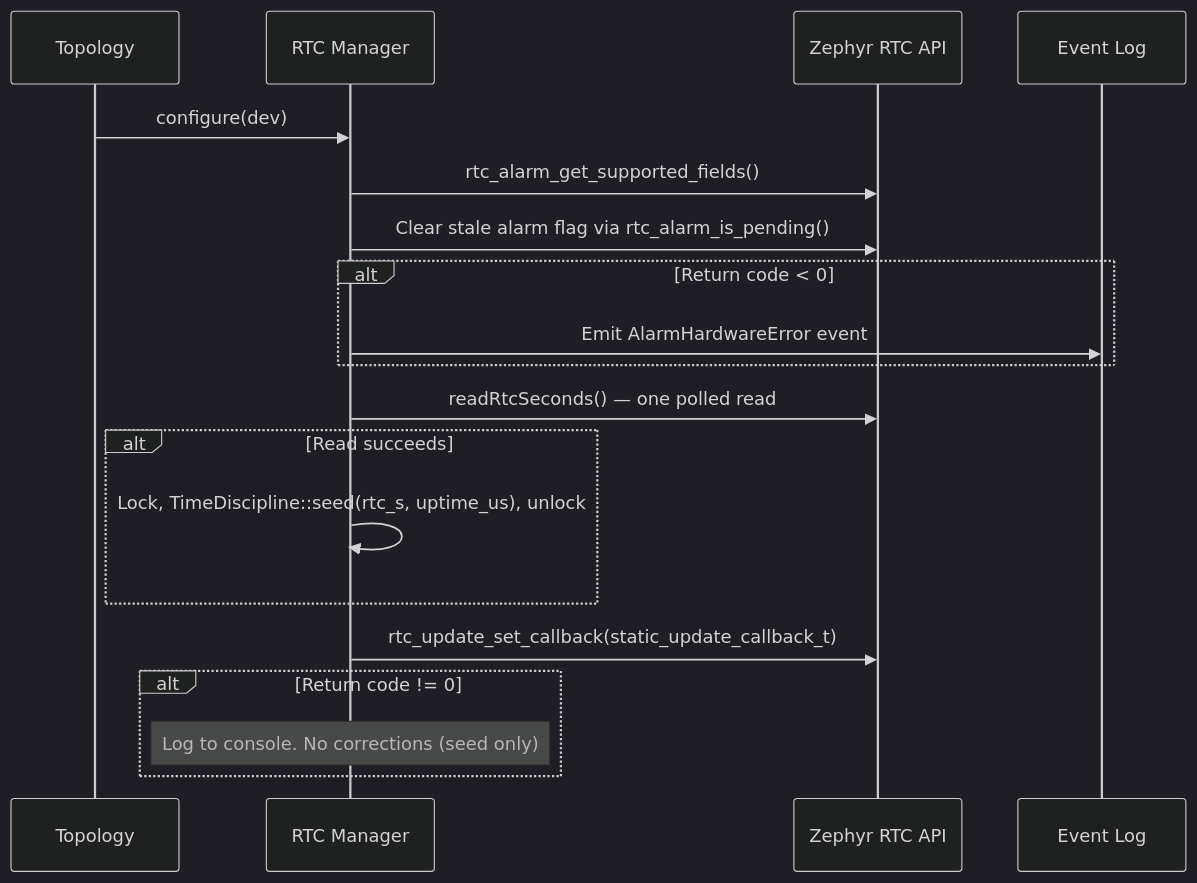
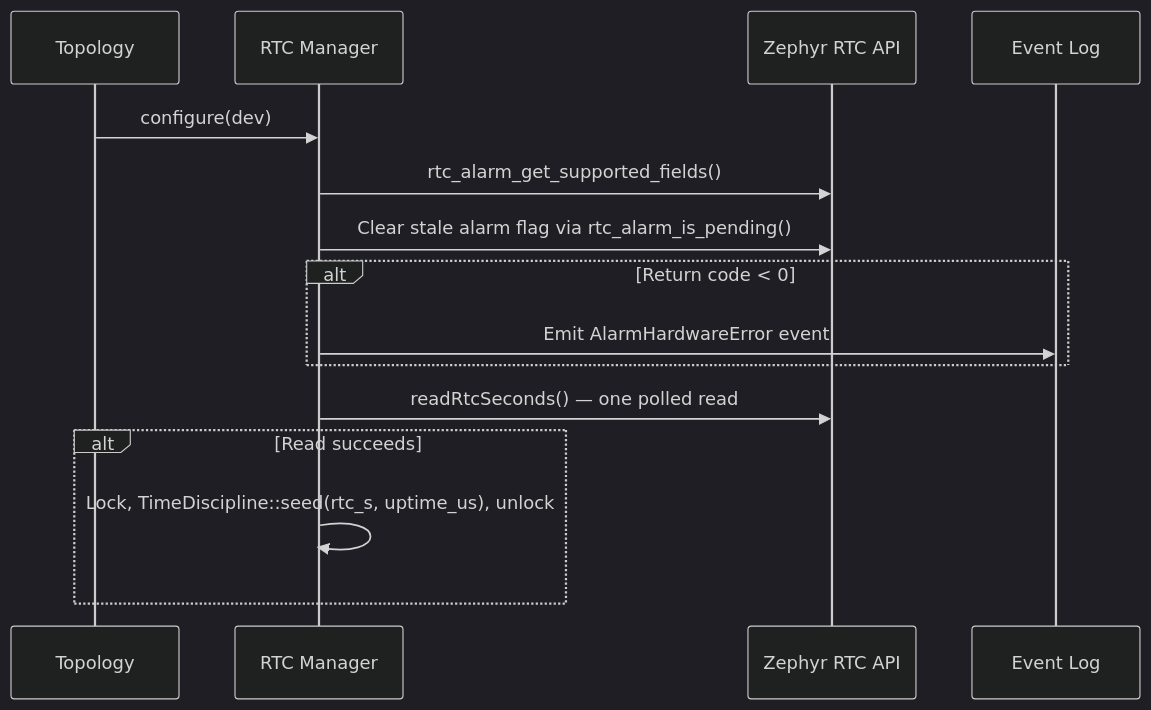
One commit to Open-Source-Space-Foundation/proves-core-reference changed diagram 16 of 19 in PROVESFlightControllerReference/Components/Drv/RtcManager/docs/sdd.md. Above: the diagram before and after it, drawn with Mermaid (dark theme). The commit also changed other lines of this file and 3 other files, not shown here.

Commit message:
fix(RtcManager): arm the RTC update callback after the topology is configured (#548) (#679)

````diff
--- a/PROVESFlightControllerReference/Components/Drv/RtcManager/docs/sdd.md
+++ b/PROVESFlightControllerReference/Components/Drv/RtcManager/docs/sdd.md
@@ -624,22 +625,18 @@
 ```mermaid
 sequenceDiagram
     participant Topology
     participant RTC Manager
     participant Zephyr RTC API
     participant Event Log
 
     Topology->>RTC Manager: configure(dev)
     RTC Manager->>Zephyr RTC API: rtc_alarm_get_supported_fields()
     RTC Manager->>Zephyr RTC API: Clear stale alarm flag via rtc_alarm_is_pending()
     alt Return code < 0
         RTC Manager->>Event Log: Emit AlarmHardwareError event
     end
     RTC Manager->>Zephyr RTC API: readRtcSeconds() — one polled read
     alt Read succeeds
         RTC Manager->>RTC Manager: Lock, TimeDiscipline::seed(rtc_s, uptime_us), unlock
     end
-    RTC Manager->>Zephyr RTC API: rtc_update_set_callback(static_update_callback_t)
-    alt Return code != 0
-        Note over RTC Manager: Log to console. No corrections (seed only)
-    end
 ```
````
